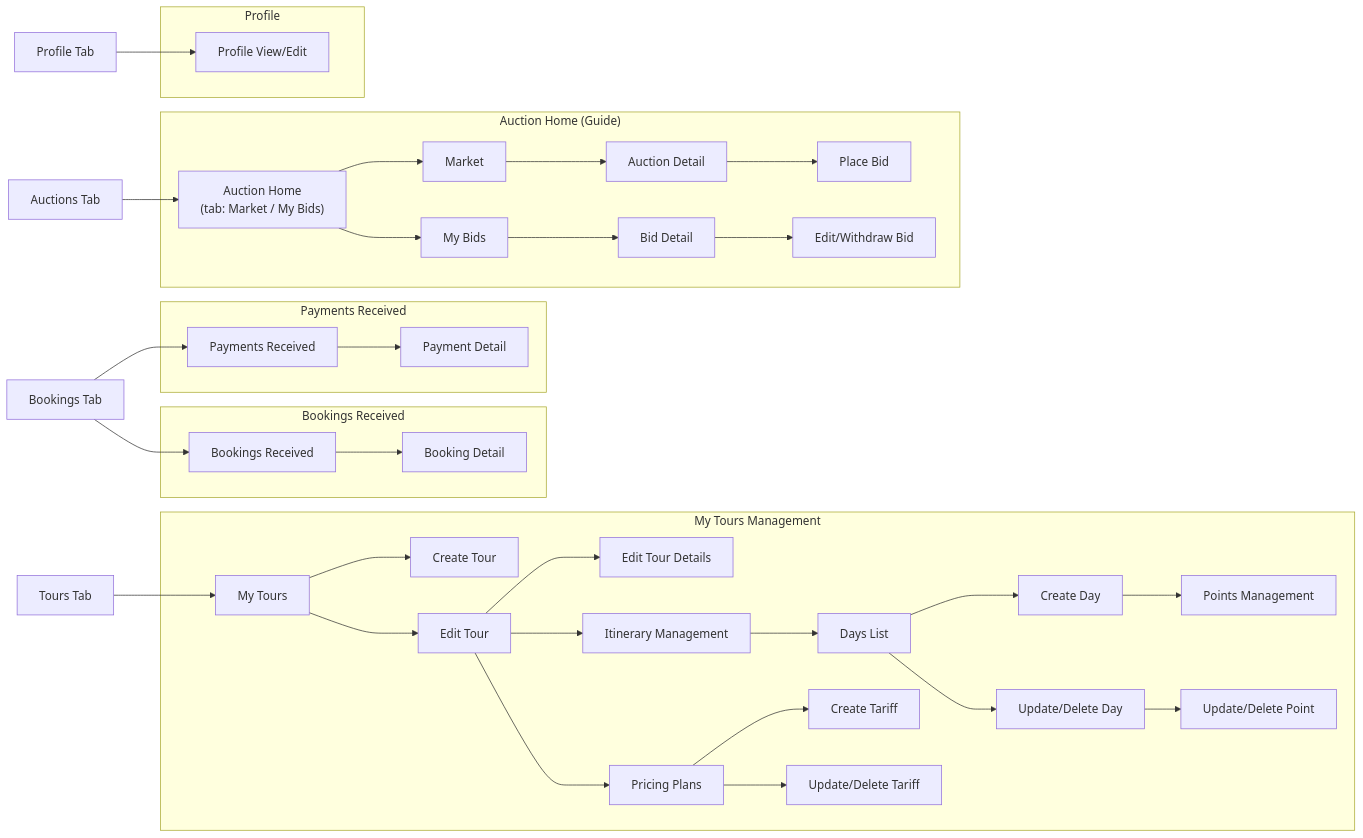
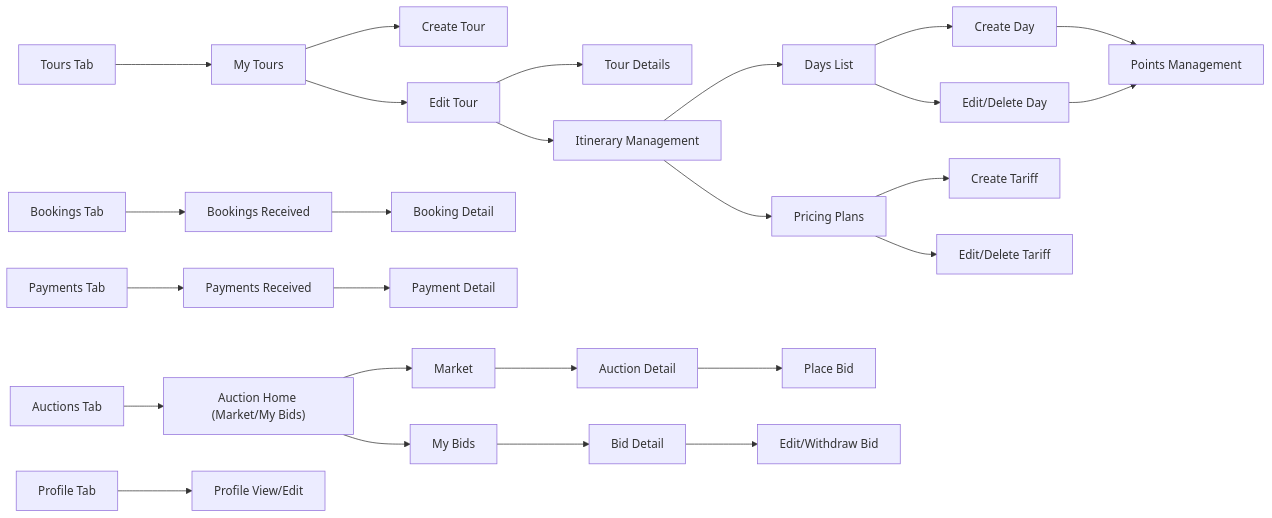
Before and after one commit to vegasLas/trip-back: the first of 12 diagrams in mermaid/guide.md, drawn with Mermaid. The commit also changed other lines of this file and 12 other files, not shown here.

````diff
--- a/mermaid/guide.md
+++ b/mermaid/guide.md
@@ -1,58 +3,44 @@
 ```mermaid
 flowchart LR
   %% Top-level tabs
-  ToursTab["Tours Tab"] 
-  AuctionsTab["Auctions Tab"] 
-  BookingsTab["Bookings Tab"] 
+  ToursTab["Tours Tab"]
+  AuctionsTab["Auctions Tab"]
+  BookingsTab["Bookings Tab"]
+  PaymentsTab["Payments Tab"]
   ProfileTab["Profile Tab"]
 
-  %% My Tours management
-  subgraph "My Tours Management"
-    MT["My Tours"] 
-    MT --> CT["Create Tour"]
-    MT --> TE["Edit Tour"]
-    TE --> TDets["Edit Tour Details"]
-    TE --> TI["Itinerary Management"]
-    TI --> TDList["Days List"]
-    TDList --> CDay["Create Day"]
-    TDList --> UDay["Update/Delete Day"]
-    CDay --> CPt["Points Management"]
-    UDay --> UPt["Update/Delete Point"]
-    TE --> TP["Pricing Plans"]
-    TP --> CTar["Create Tariff"]
-    TP --> UTar["Update/Delete Tariff"]
-  end
+  %% Tours management
+  ToursTab --> MyTours["My Tours"]
+  MyTours --> CreateTour["Create Tour"]
+  MyTours --> EditTour["Edit Tour"]
+  EditTour --> TourDetails["Tour Details"]
+  EditTour --> Itinerary["Itinerary Management"]
+  Itinerary --> DaysList["Days List"]
+  DaysList --> CreateDay["Create Day"]
+  DaysList --> EditDeleteDay["Edit/Delete Day"]
+  CreateDay --> PointsManage["Points Management"]
+  EditDeleteDay --> PointsManage
+  Itinerary --> Pricing["Pricing Plans"]
+  Pricing --> CreateTariff["Create Tariff"]
+  Pricing --> EditDeleteTariff["Edit/Delete Tariff"]
 
-  %% Bookings received
-  subgraph "Bookings Received"
-    BR["Bookings Received"] --> BDR["Booking Detail"]
-  end
+  %% Bookings
+  BookingsTab --> BookingsReceived["Bookings Received"]
+  BookingsReceived --> BookingDetail["Booking Detail"]
 
-  %% Payments received
-  subgraph "Payments Received"
-    PRc["Payments Received"] --> PDR["Payment Detail"]
-  end
+  %% Payments
+  PaymentsTab --> PaymentsReceived["Payments Received"]
+  PaymentsReceived --> PaymentDetail["Payment Detail"]
 
-  %% Auction flow (guide)
-  subgraph "Auction Home (Guide)"
-    AH["Auction Home\n(tab: Market / My Bids)"]
-    AH --> AM["Market"]
-    AM --> ADg["Auction Detail"]
-    ADg --> PB["Place Bid"]
-    AH --> MBd["My Bids"]
-    MBd --> BDg["Bid Detail"]
-    BDg --> EB["Edit/Withdraw Bid"]
-  end
+  %% Auctions
+  AuctionsTab --> AuctionHome["Auction Home (Market/My Bids)"]
+  AuctionHome --> Market["Market"]
+  Market --> AuctionDetail["Auction Detail"]
+  AuctionDetail --> PlaceBid["Place Bid"]
+  AuctionHome --> MyBids["My Bids"]
+  MyBids --> BidDetail["Bid Detail"]
+  BidDetail --> EditWithdrawBid["Edit/Withdraw Bid"]
 
-  %% Profile flow
-  subgraph "Profile"
-    PFg["Profile View/Edit"]
-  end
-
-  %% Tab → entry points
-  ToursTab --> MT
-  BookingsTab --> BR
-  BookingsTab --> PRc
-  AuctionsTab --> AH
-  ProfileTab --> PFg
-  ```
+  %% Profile
+  ProfileTab --> ProfileViewEdit["Profile View/Edit"]
+```
````
